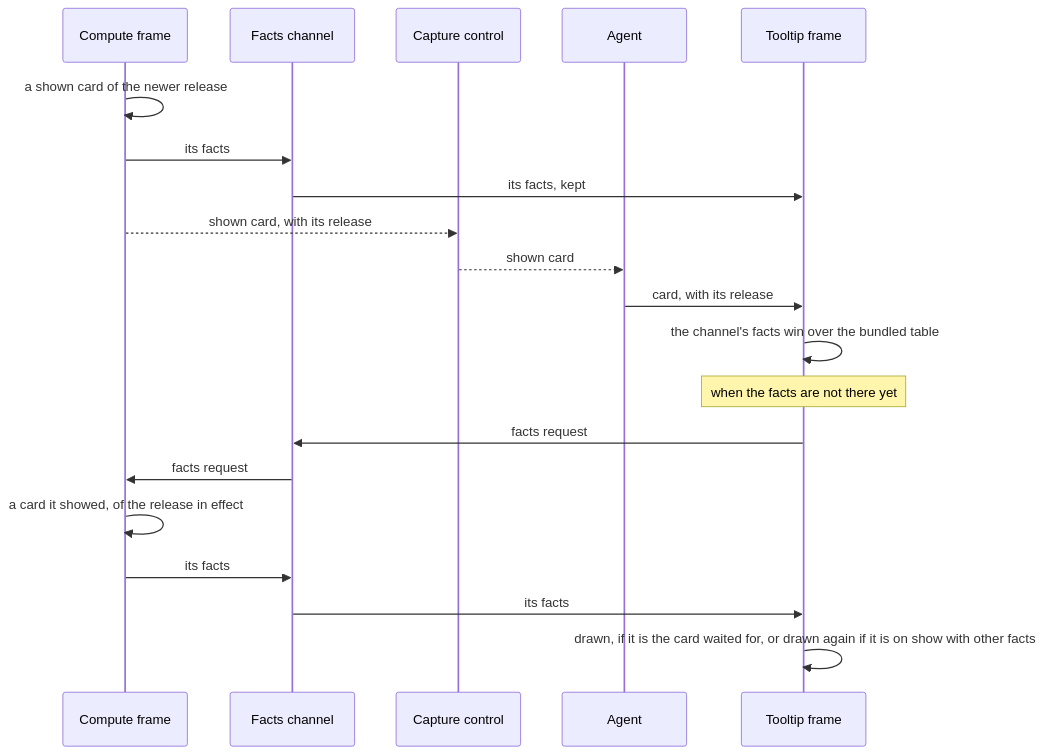
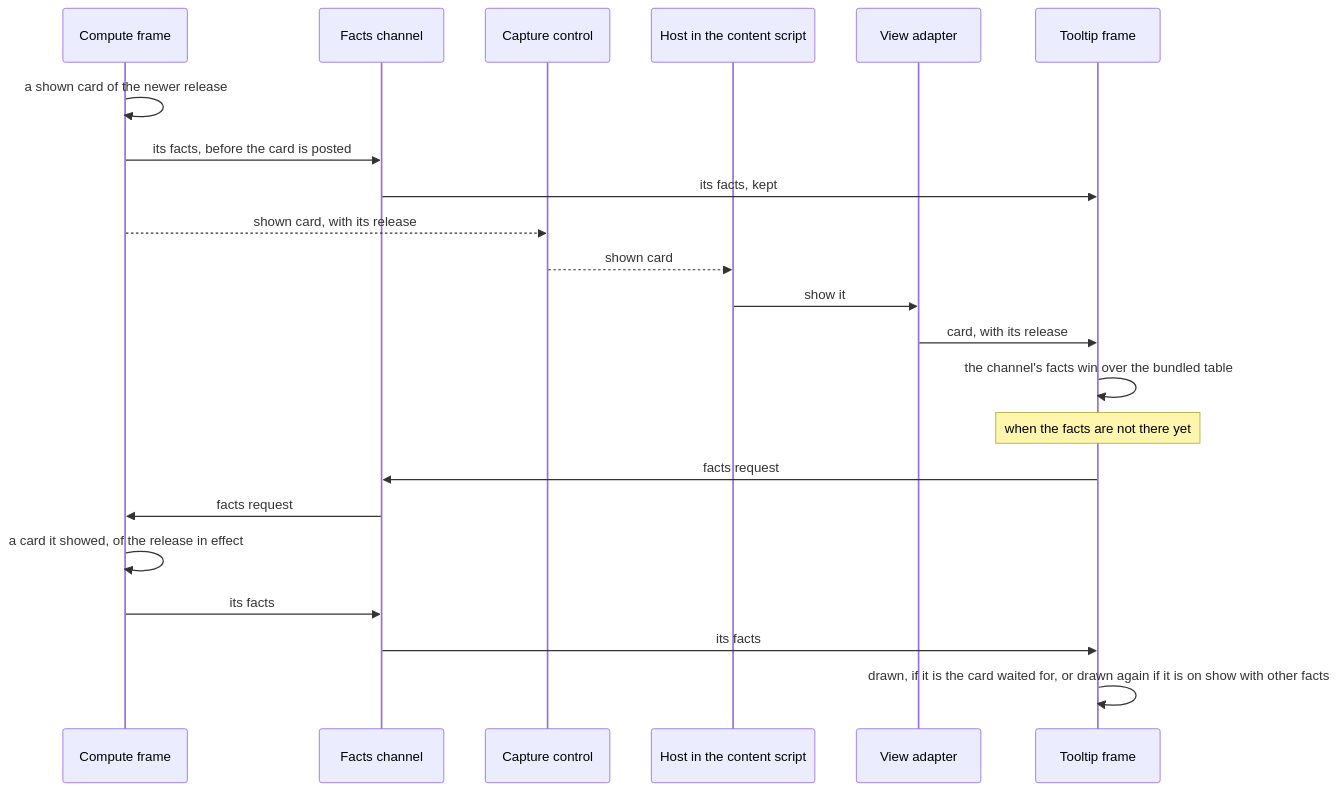
One commit to ryangswe/duelsight changed diagram 14 of 14 in docs/hover-map.md. Above: the diagram before and after it, drawn with Mermaid. The commit also changed other lines of this file and 82 other files, not shown here.

First line of the commit message:
Card hovers on the cardvision toolkit's shared hover host (#51)

````diff
--- a/docs/hover-map.md
+++ b/docs/hover-map.md
@@ -645,23 +716,25 @@
 ```mermaid
 sequenceDiagram
   participant CF as Compute frame
   participant FC as Facts channel
   participant CC as Capture control
-  participant AG as Agent
+  participant H as Host in the content script
+  participant VA as View adapter
   participant TF as Tooltip frame
 
   CF->>CF: a shown card of the newer release
-  CF->>FC: its facts
+  CF->>FC: its facts, before the card is posted
   FC->>TF: its facts, kept
   CF-->>CC: shown card, with its release
-  CC-->>AG: shown card
-  AG->>TF: card, with its release
+  CC-->>H: shown card
+  H->>VA: show it
+  VA->>TF: card, with its release
   TF->>TF: the channel's facts win over the bundled table
   Note over TF: when the facts are not there yet
   TF->>FC: facts request
   FC->>CF: facts request
   CF->>CF: a card it showed, of the release in effect
   CF->>FC: its facts
   FC->>TF: its facts
   TF->>TF: drawn, if it is the card waited for, or drawn again if it is on show with other facts
 ```
````
